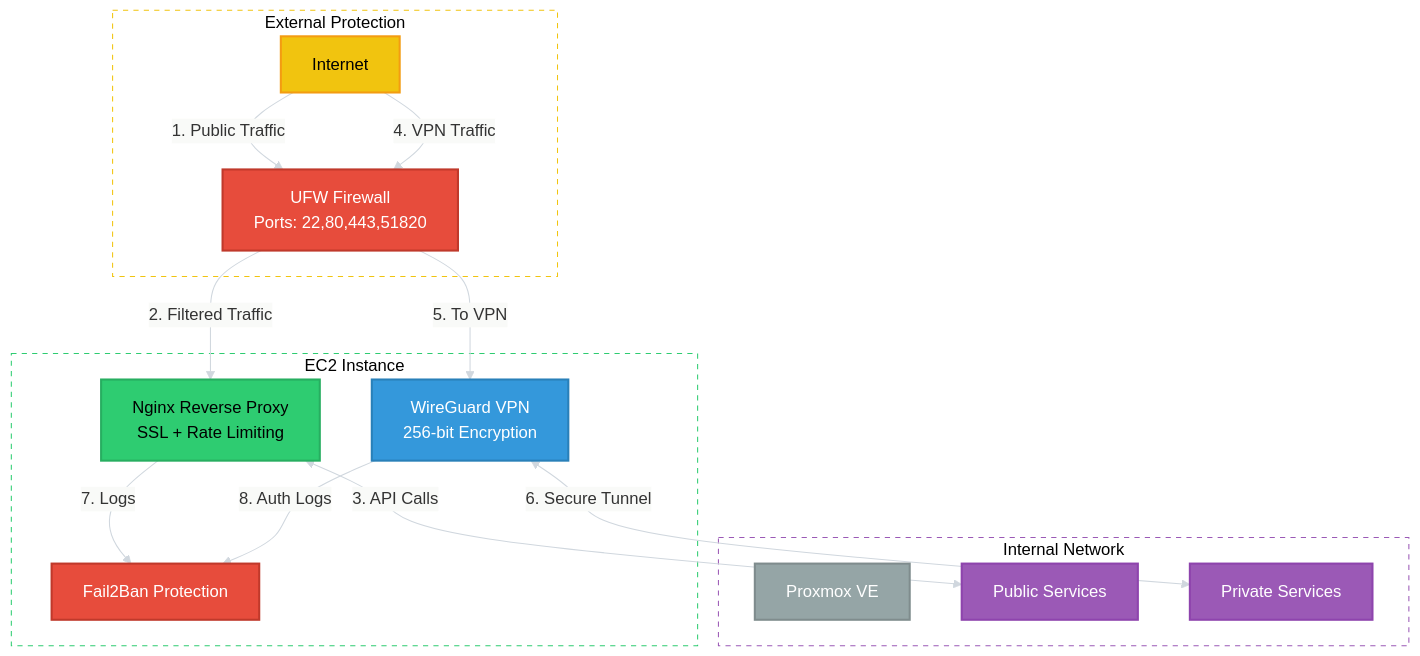
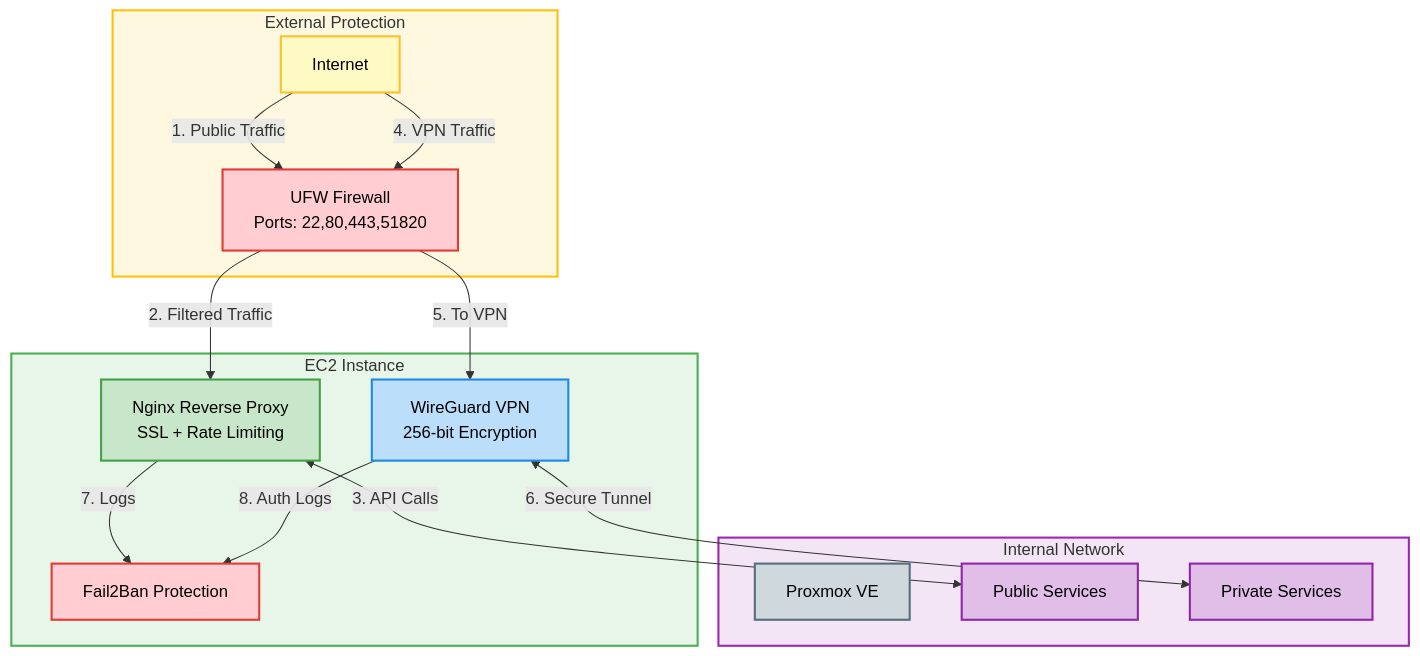
Before and after one commit to aaronreynoza/infra-core: the third of 3 diagrams in README.md, drawn with Mermaid. The commit also changed other lines of this file, not shown here.

````diff
--- a/README.md
+++ b/README.md
@@ -187,68 +161,49 @@
 ```mermaid
-%%{init: {
-    'theme': 'base',
-    'themeVariables': {
-        'background': 'transparent',
-        'primaryColor': '#f8f9fa',
-        'primaryText': '#24292f',
-        'primaryBorderColor': '#d0d7de',
-        'lineColor': '#d0d7de',
-        'darkmode': {
-            'background': 'transparent',
-            'primaryColor': '#21262d',
-            'primaryText': '#c9d1d9',
-            'primaryBorderColor': '#30363d',
-            'lineColor': '#30363d'
-        }
-    },
-    'themeConfig': {
-        'fontFamily': 'Arial, sans-serif',
-        'fontSize': '14px'
-    }
-}}%%
-
 graph TB
-    %% Define styles
-    classDef firewall fill:#e74c3c,color:white,stroke:#c0392b,stroke-width:2px,stroke-dasharray:0
-    classDef vpn fill:#3498db,color:white,stroke:#2980b9,stroke-width:2px,stroke-dasharray:0
-    classDef proxy fill:#2ecc71,color:black,stroke:#27ae60,stroke-width:2px,stroke-dasharray:0
-    classDef service fill:#9b59b6,color:white,stroke:#8e44ad,stroke-width:2px,stroke-dasharray:0
-    classDef storage fill:#95a5a6,color:white,stroke:#7f8c8d,stroke-width:2px,stroke-dasharray:0
-    classDef internet fill:#f1c40f,color:black,stroke:#f39c12,stroke-width:2px,stroke-dasharray:0
+    %% Set white background and default styles
+    classDef default fill:#ffffff,stroke:#333,stroke-width:2px,color:#333
+    
+    %% Define node styles
+    classDef firewall fill:#ffcdd2,stroke:#e53935,stroke-width:2px,color:#000
+    classDef vpn fill:#bbdefb,stroke:#1e88e5,stroke-width:2px,color:#000
+    classDef proxy fill:#c8e6c9,stroke:#43a047,stroke-width:2px,color:#000
+    classDef service fill:#e1bee7,stroke:#8e24aa,stroke-width:2px,color:#000
+    classDef storage fill:#cfd8dc,stroke:#546e7a,stroke-width:2px,color:#000
+    classDef internet fill:#fff9c4,stroke:#fbc02d,stroke-width:2px,color:#000
     
     %% Security Layers
     subgraph External[External Protection]
         Internet[Internet]:::internet
         UFW[UFW Firewall\nPorts: 22,80,443,51820]:::firewall
     end
     
     subgraph EC2[EC2 Instance]
         Nginx[Nginx Reverse Proxy\nSSL + Rate Limiting]:::proxy
         WireGuard[WireGuard VPN\n256-bit Encryption]:::vpn
         Fail2Ban[Fail2Ban Protection]:::firewall
     end
     
     subgraph Internal[Internal Network]
         Proxmox[Proxmox VE]:::storage
         Public[Public Services]:::service
         Private[Private Services]:::service
     end
     
     %% Data Flow
     Internet -->|1. Public Traffic| UFW
     UFW -->|2. Filtered Traffic| Nginx
     Nginx <-->|3. API Calls| Public
     
     Internet -->|4. VPN Traffic| UFW
     UFW -->|5. To VPN| WireGuard
     WireGuard <-->|6. Secure Tunnel| Private
     
     %% Security Monitoring
     Nginx -->|7. Logs| Fail2Ban
     WireGuard -->|8. Auth Logs| Fail2Ban
     
     %% Styling
-    style External fill-opacity:0.1,stroke-dasharray:5,stroke:#f1c40f
-    style EC2 fill-opacity:0.1,stroke-dasharray:5,stroke:#2ecc71
-    style Internal fill-opacity:0.1,stroke-dasharray:5,stroke:#9b59b6
+    style External fill:#fff8e1,stroke:#ffc107,stroke-width:2px
+    style EC2 fill:#e8f5e9,stroke:#4caf50,stroke-width:2px
+    style Internal fill:#f3e5f5,stroke:#9c27b0,stroke-width:2px
 ```
````
